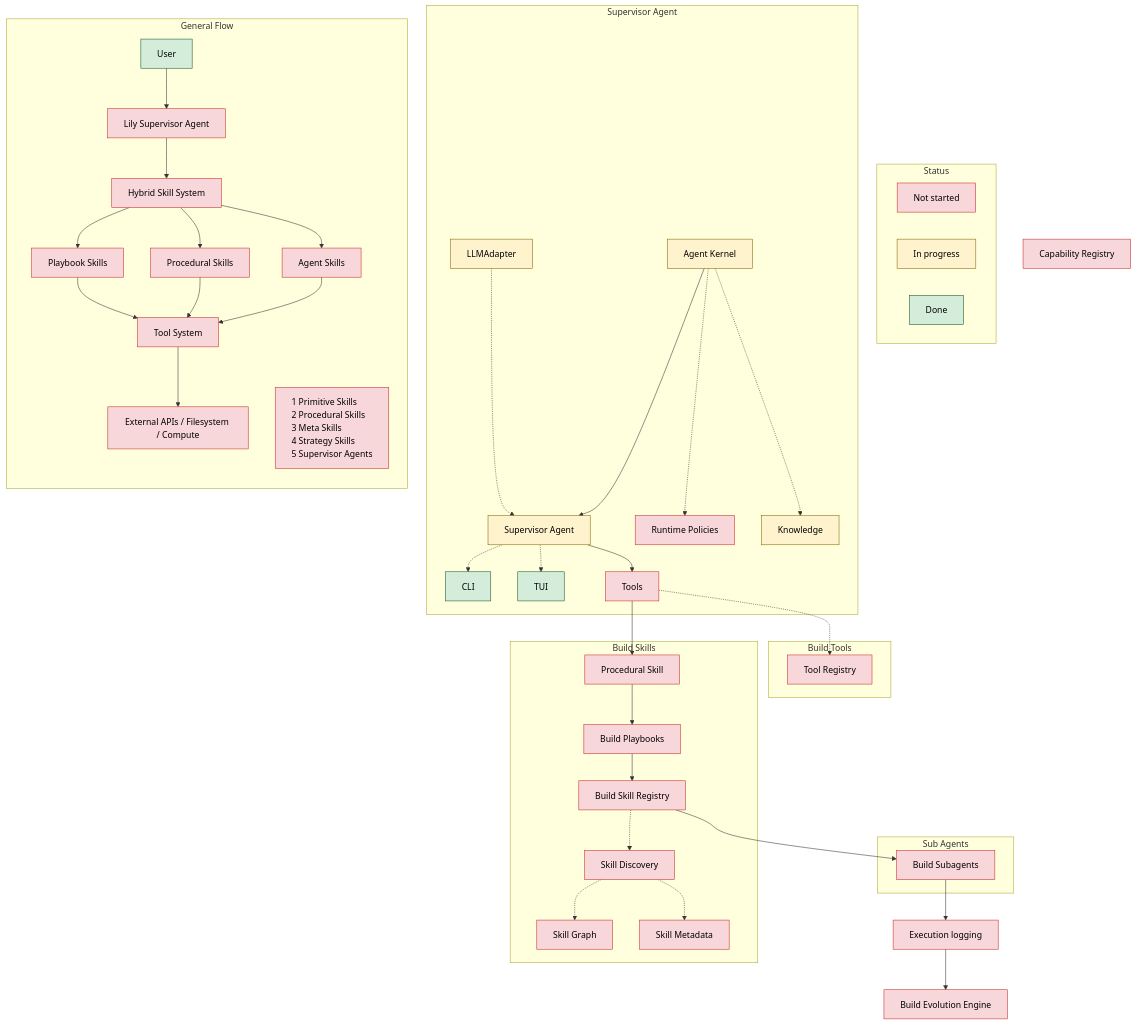
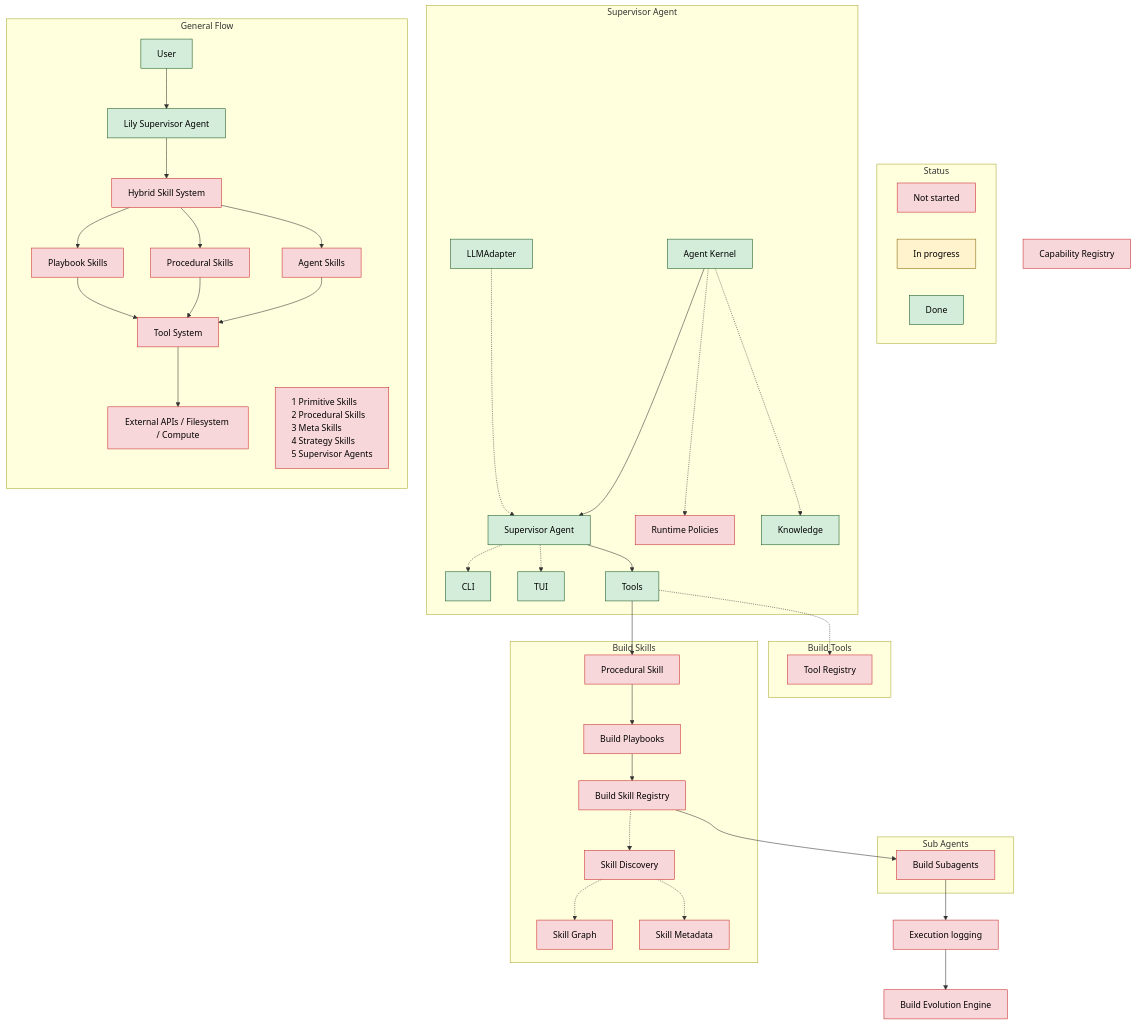
One commit to jeffrichley/lily changed the diagram in docs/dev/flow.md. Above: the diagram before and after it, drawn with Mermaid. The commit also changed 27 other files, not shown here.

```diff
--- a/docs/dev/flow.md
+++ b/docs/dev/flow.md
@@ -112,14 +112,14 @@
     class evolution not_started
     class logging not_started
     class capability_registry not_started
-    class kernel in_progress
-    class llmadapter in_progress
-    class supervisor in_progress
+    class kernel done
+    class llmadapter done
+    class supervisor done
     class runtime_policies not_started
-    class knowledge in_progress
+    class knowledge done
     class cli done
     class tui done
-    class tools not_started
+    class tools done
     class tool_registry not_started
     class procedural_skill not_started
     class playbooks not_started
@@ -129,7 +129,7 @@
     class skill_metadata not_started
     class subagents not_started
     class luser done
-    class lsa not_started
+    class lsa done
     class lhs not_started
     class lps not_started
     class lprs not_started
```
